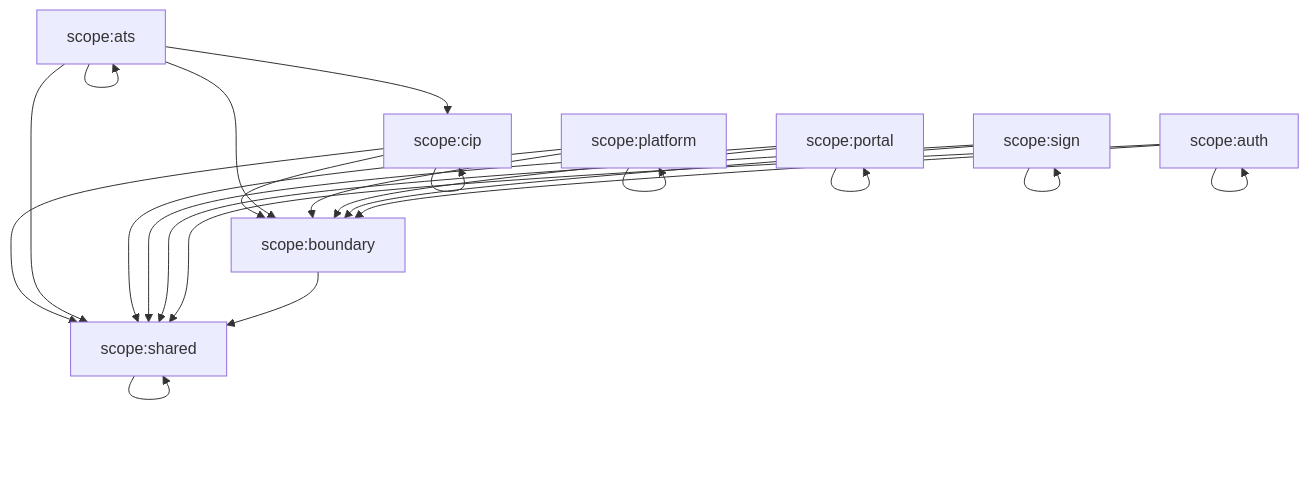
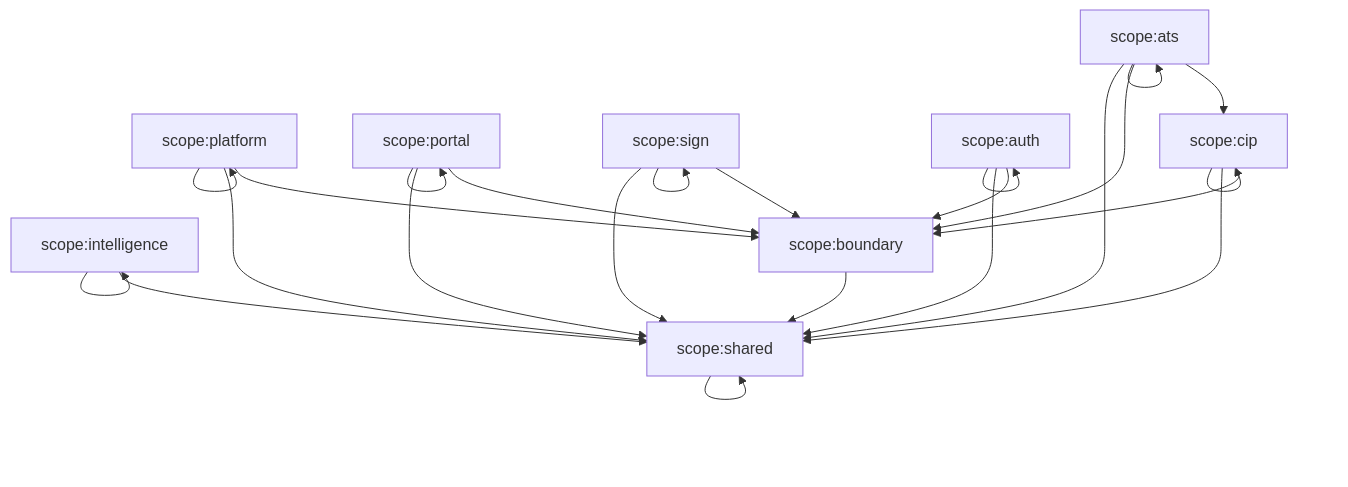
The fourth of 4 diagrams in doc/recon/as-built/D15-infra-deploy-quality-enforcement.md (astreinc/aramo-platform), drawn with Mermaid before and after one commit. The commit also changed other lines of this file and 59 other files, not shown here.

````diff
--- a/doc/recon/as-built/D15-infra-deploy-quality-enforcement.md
+++ b/doc/recon/as-built/D15-infra-deploy-quality-enforcement.md
@@ -190,24 +256,26 @@
 ```mermaid
 flowchart TD
   cip["scope:cip"] --> cip
   cip --> boundary["scope:boundary"]
   cip --> shared["scope:shared"]
   ats["scope:ats"] --> ats
   ats --> cip
   ats --> boundary
   ats --> shared
+  intel["scope:intelligence"] --> intel
+  intel --> shared
   platform["scope:platform"] --> platform
   platform --> boundary
   platform --> shared
   portal["scope:portal"] --> portal
   portal --> boundary
   portal --> shared
   sign["scope:sign"] --> sign
   sign --> boundary
   sign --> shared
   authcore["scope:auth"] --> authcore
   authcore --> boundary
   authcore --> shared
   boundary --> shared
   shared --> shared
 ```
````
